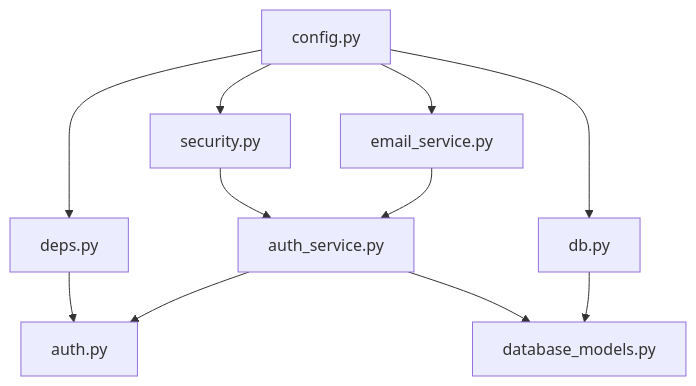
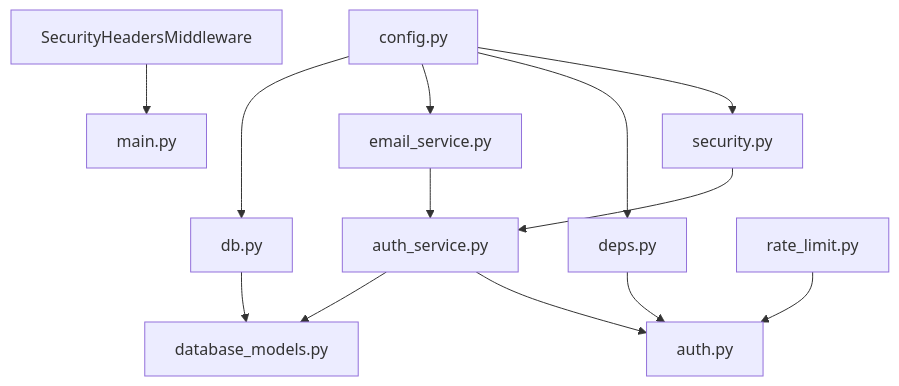
The seventh of 7 diagrams in .qoder/repowiki/en/content/Security Considerations.md (rainRise/aidiary), drawn with Mermaid before and after one commit. The commit also changed other lines of this file and 21 other files, not shown here.

````diff
--- a/.qoder/repowiki/en/content/Security Considerations.md
+++ b/.qoder/repowiki/en/content/Security Considerations.md
@@ -418,13 +541,15 @@
 ```mermaid
 graph TB
 Config["config.py"] --> Security["security.py"]
 Config --> Deps["deps.py"]
 Config --> Email["email_service.py"]
 Config --> DB["db.py"]
 Security --> AuthSvc["auth_service.py"]
 Deps --> AuthAPI["auth.py"]
 AuthSvc --> AuthAPI
 AuthSvc --> Models["database_models.py"]
 Email --> AuthSvc
 DB --> Models
+RateLimit["rate_limit.py"] --> AuthAPI
+Headers["SecurityHeadersMiddleware"] --> Main["main.py"]
 ```
````
